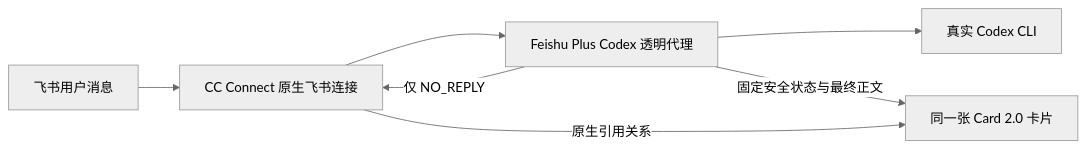
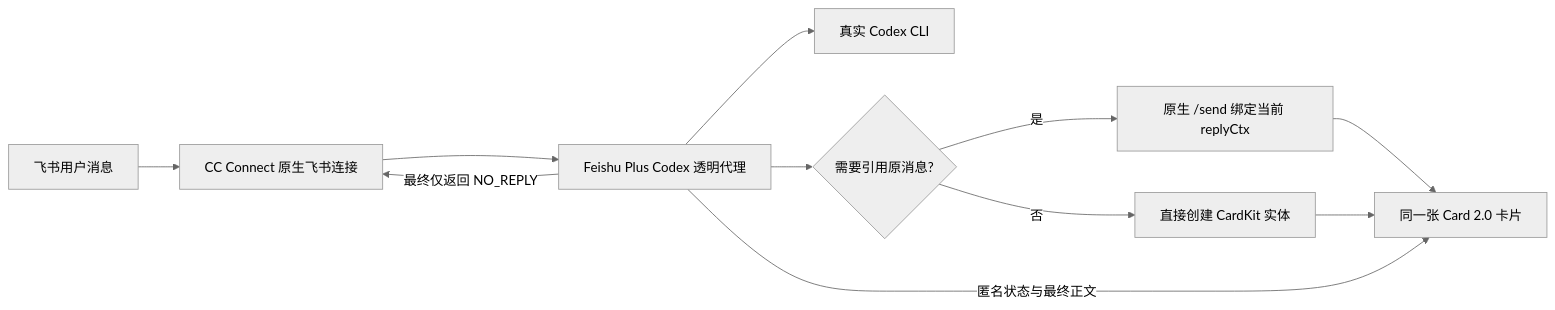
One commit to timmyagentic/cc-connect-feishu-plus changed the diagram in README.md. Above: the diagram before and after it, drawn with Mermaid (neutral theme). The commit also changed other lines of this file and 16 other files, not shown here.

````diff
--- a/README.md
+++ b/README.md
@@ -26,9 +97,13 @@
 ```mermaid
 flowchart LR
     U["飞书用户消息"] --> N["CC Connect 原生飞书连接"]
     N --> P["Feishu Plus Codex 透明代理"]
     P --> C["真实 Codex CLI"]
-    P -->|"固定安全状态与最终正文"| F["同一张 Card 2.0 卡片"]
-    P -->|"仅 NO_REPLY"| N
-    N -->|"原生引用关系"| F
+    P --> D{"需要引用原消息?"}
+    D -->|"是"| R["原生 /send 绑定当前 replyCtx"]
+    D -->|"否"| K["直接创建 CardKit 实体"]
+    R --> F["同一张 Card 2.0 卡片"]
+    K --> F
+    P -->|"匿名状态与最终正文"| F
+    P -->|"最终仅返回 NO_REPLY"| N
 ```
````
